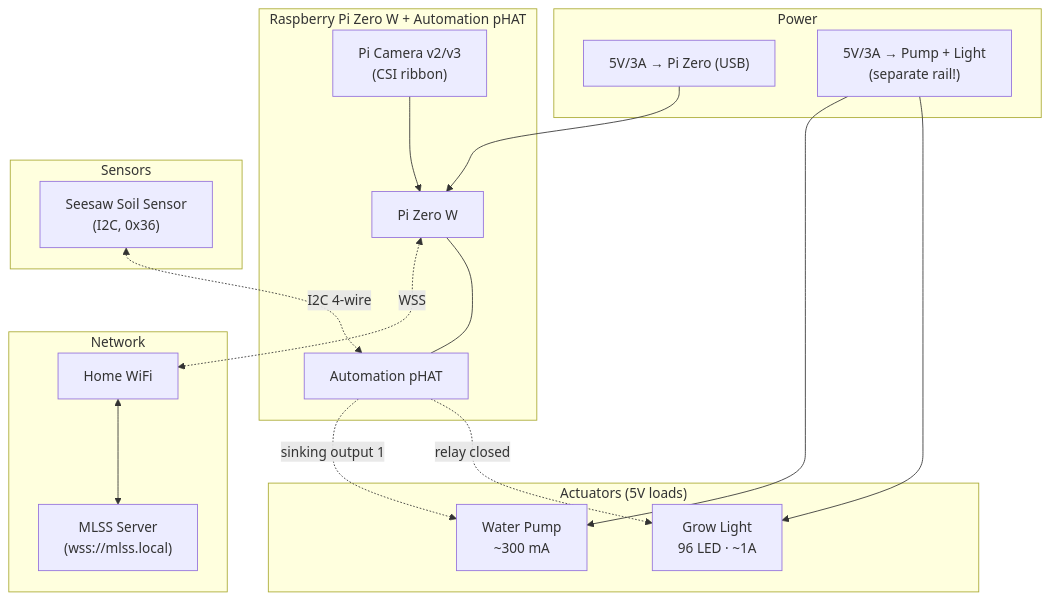
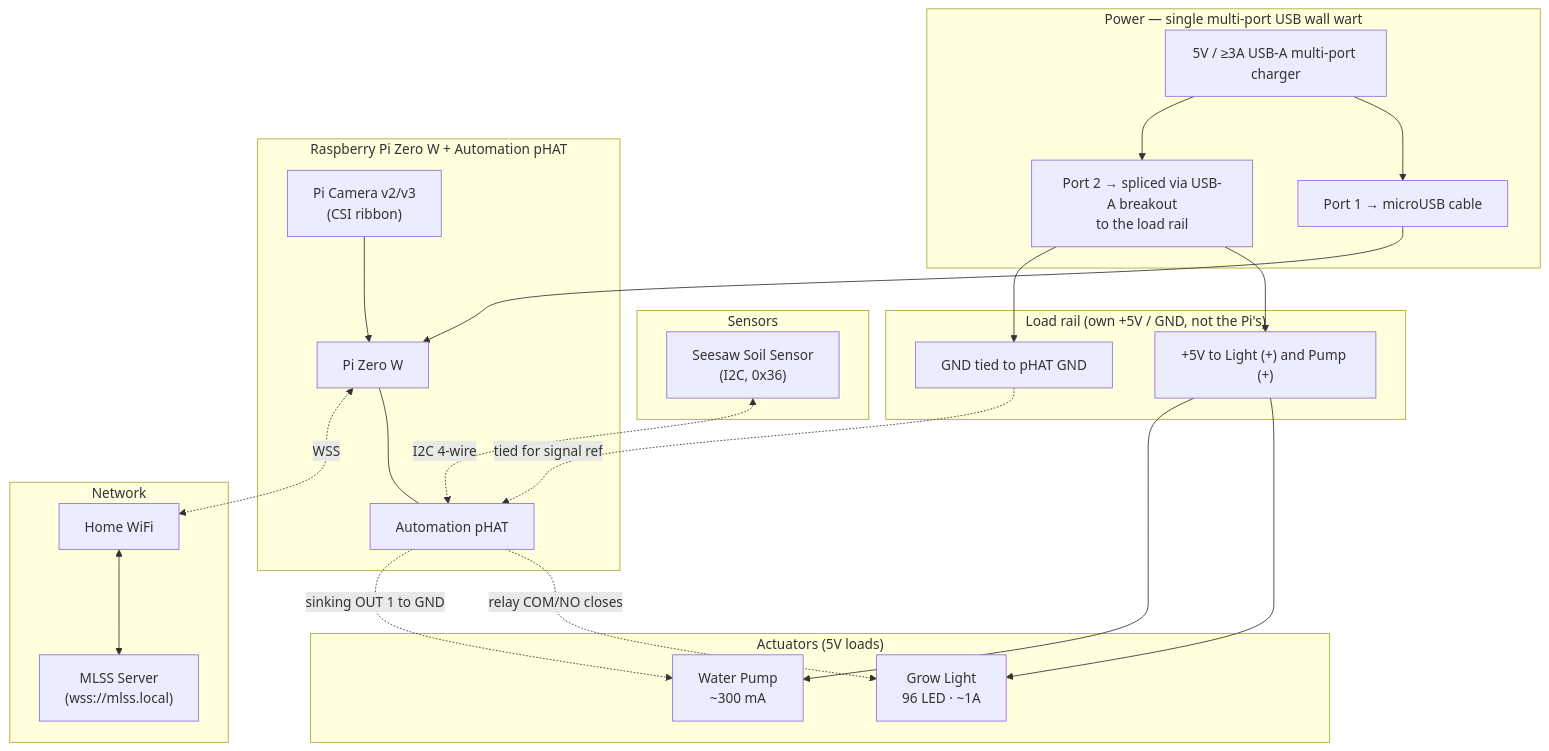
Before and after one commit to Ryan-be/mars-air-quility: the diagram in docs/PLANT_GROW_UNIT_HARDWARE.md, drawn with Mermaid. The commit also changed other lines of this file, not shown here.

First line of the commit message:
Switch grow unit to single-PSU split-wired power topology

````diff
--- a/docs/PLANT_GROW_UNIT_HARDWARE.md
+++ b/docs/PLANT_GROW_UNIT_HARDWARE.md
@@ -43,38 +43,49 @@
 ```mermaid
 flowchart TB
-    subgraph PowerBlock["Power"]
-        PSU_PI["5V/3A → Pi Zero (USB)"]
-        PSU_LOAD["5V/3A → Pump + Light<br/>(separate rail!)"]
+    subgraph PowerBlock["Power — single multi-port USB wall wart"]
+        PSU["5V / ≥3A USB-A multi-port charger"]
+        PortPi["Port 1 → microUSB cable"]
+        PortLoad["Port 2 → spliced via USB-A breakout<br/>to the load rail"]
+        PSU --> PortPi
+        PSU --> PortLoad
     end
 
     subgraph PiZero["Raspberry Pi Zero W + Automation pHAT"]
         Pi["Pi Zero W"]
         pHAT["Automation pHAT"]
         Cam["Pi Camera v2/v3<br/>(CSI ribbon)"]
     end
 
     subgraph Sensors["Sensors"]
         Soil["Seesaw Soil Sensor<br/>(I2C, 0x36)"]
     end
 
+    subgraph LoadRail["Load rail (own +5V / GND, not the Pi's)"]
+        Plus5V["+5V to Light (+) and Pump (+)"]
+        Gnd["GND tied to pHAT GND"]
+    end
+
     subgraph Actuators["Actuators (5V loads)"]
         Light["Grow Light<br/>96 LED · ~1A"]
         Pump["Water Pump<br/>~300 mA"]
     end
 
     subgraph NetworkBlock["Network"]
         WiFi["Home WiFi"]
         MLSS["MLSS Server<br/>(wss://mlss.local)"]
     end
 
-    PSU_PI --> Pi
-    PSU_LOAD --> Light
-    PSU_LOAD --> Pump
-    pHAT -.relay closed.-> Light
-    pHAT -.sinking output 1.-> Pump
+    PortPi --> Pi
+    PortLoad --> Plus5V
+    PortLoad --> Gnd
+    Plus5V --> Light
+    Plus5V --> Pump
+    pHAT -.relay COM/NO closes.-> Light
+    pHAT -.sinking OUT 1 to GND.-> Pump
     Pi --- pHAT
     Cam --> Pi
     Soil <-.I2C 4-wire.-> pHAT
+    Gnd -.tied for signal ref.-> pHAT
     Pi <-.WSS.-> WiFi
     WiFi <--> MLSS
 ```
````
